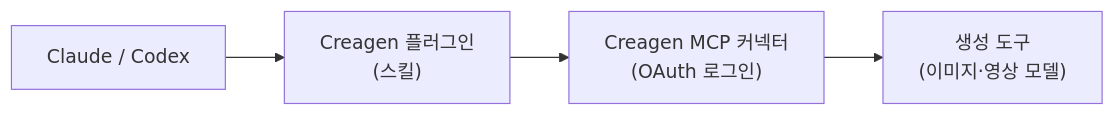
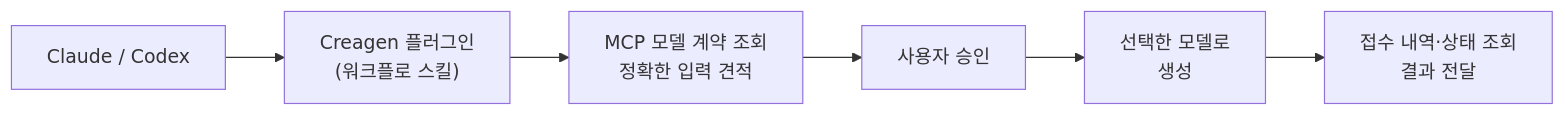
Before and after one commit to pioncorp/creagen-plugin: the diagram in README.ko.md, drawn with Mermaid. The commit also changed other lines of this file and 15 other files, not shown here.

````diff
--- a/README.ko.md
+++ b/README.ko.md
@@ -80,6 +80,8 @@
 ```mermaid
 flowchart LR
-  A["Claude / Codex"] --> B["Creagen 플러그인<br/>(스킬)"]
-  B --> C["Creagen MCP 커넥터<br/>(OAuth 로그인)"]
-  C --> D["생성 도구<br/>(이미지·영상 모델)"]
+  A["Claude / Codex"] --> B["Creagen 플러그인<br/>(워크플로 스킬)"]
+  B --> C["MCP 모델 계약 조회<br/>정확한 입력 견적"]
+  C --> D["사용자 승인"]
+  D --> E["선택한 모델로<br/>생성"]
+  E --> F["접수 내역·상태 조회<br/>결과 전달"]
 ```
````
